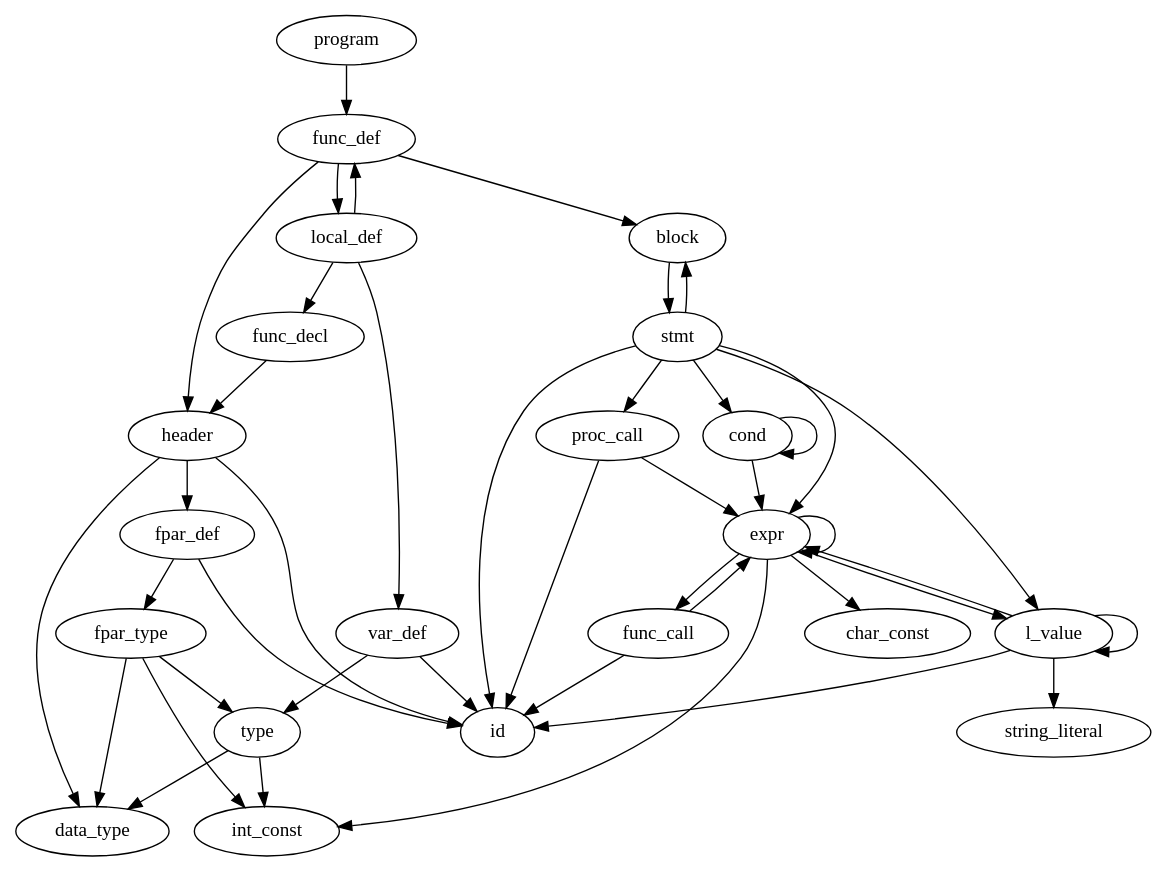
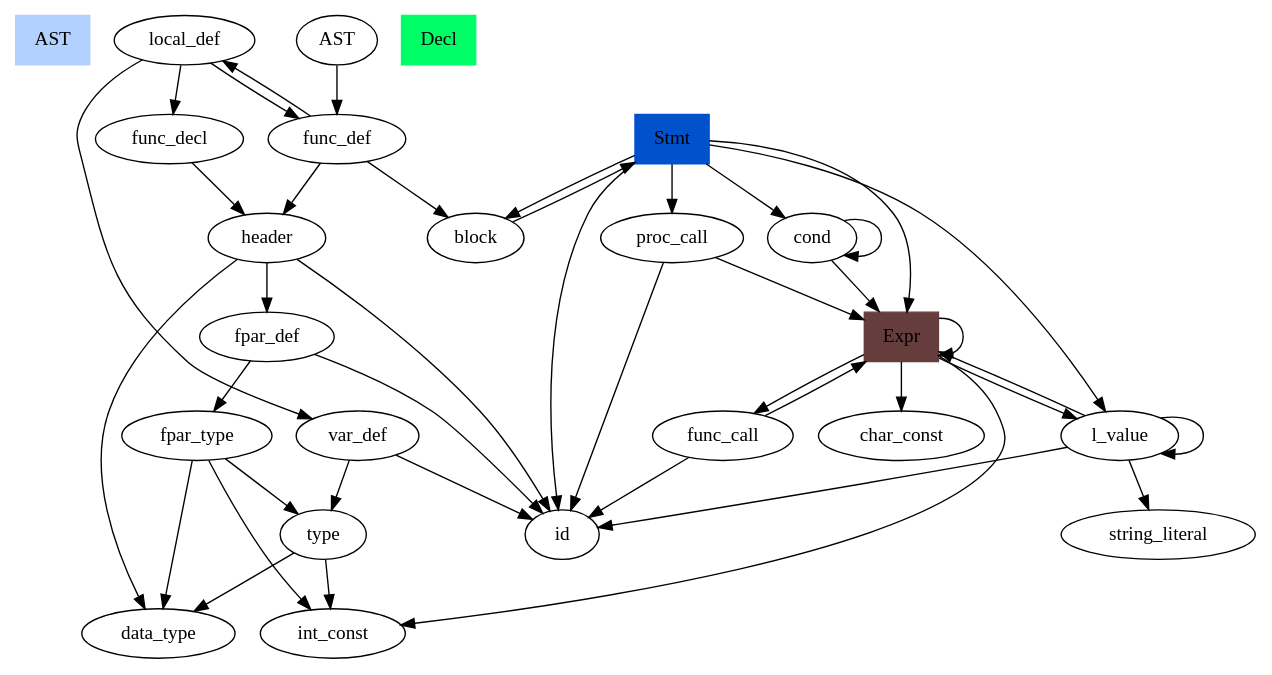
One commit to orion-3464/yadanac changed the diagram in visualizations/hierarchy.dot. Above: the diagram before and after it, drawn with Graphviz. The commit also changed 1 other file, not shown here.

Commit message:
forming AST graph

```diff
--- a/visualizations/hierarchy.dot
+++ b/visualizations/hierarchy.dot
@@ -1,64 +1,69 @@
 digraph AST {
-    program;
+    ast [label = "AST", shape = box, weight = 8, style = filled, color = ".6 .3 1.0"];
+
+    stmt [label = "Stmt", shape = box, weight = 8, style = filled, color = ".6 1.0 .8"];
+    expr [label = "Expr", shape = box, weight = 8, style = filled, color = "1.0 .4 .4"];
+    decl [label = "Decl", shape = box, weight = 8, style = filled, color = ".4 1.0 1.0"];
+
     func_def;
     
     header;
     local_def;
     block;
 
     id;
     data_type;
     fpar_def;
 
     fpar_type;
 
     type;
     int_const;
 
     local_def;
     func_decl;
     var_def;
 
     stmt;
     l_value;
     expr;
     proc_call;
     cond;
 
     string_literal;
     char_const;
 
-    program -> func_def;
+    AST -> func_def;
 
     func_def -> { header, local_def, block };
 
     header -> { id, data_type, fpar_def };
 
     fpar_def -> { id, fpar_type };
 
     // data_type -> int|byte
 
     type -> { data_type, int_const };
 
     fpar_type -> { type, data_type, int_const };
 
     local_def -> { func_def, func_decl, var_def };
 
     func_decl -> header;
 
     var_def -> { id, type };
 
     stmt -> { l_value, expr, proc_call, block, cond, id };
 
     block -> { stmt };
 
     proc_call -> { id, expr };
 
     func_call -> { id, expr };
 
     l_value -> { id, string_literal, l_value, expr };
 
     expr -> { int_const, char_const, l_value, expr, func_call  };
 
     cond -> { expr, cond };
 }
```
